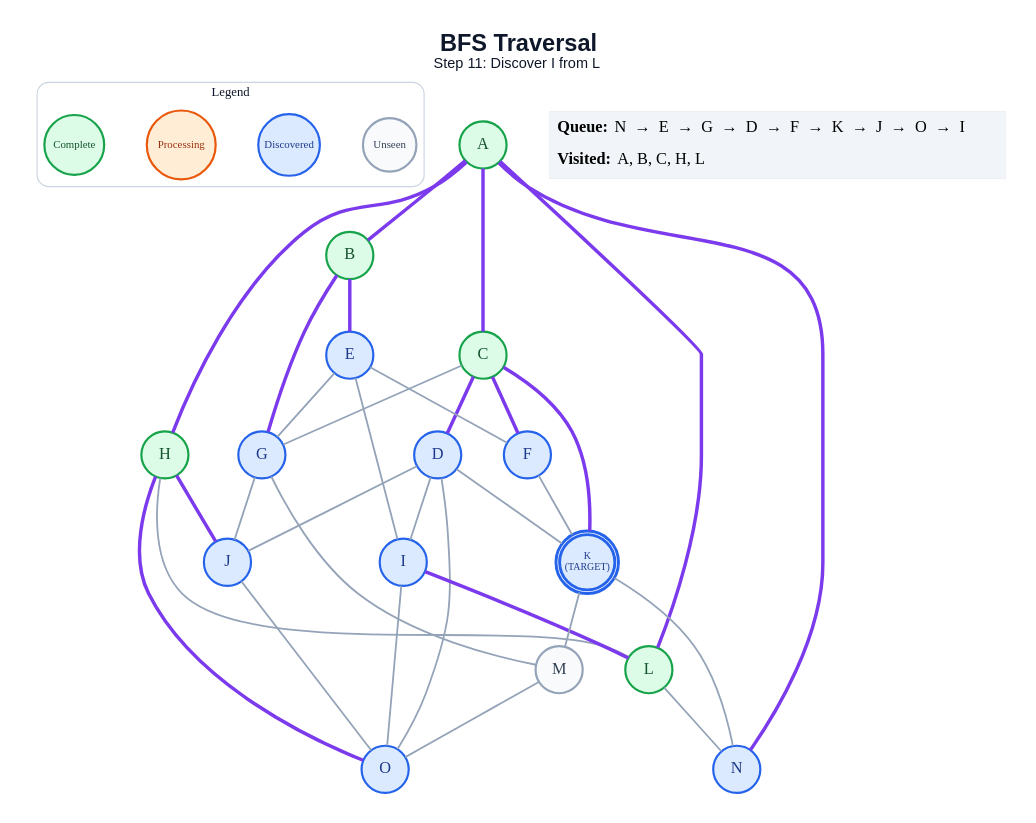
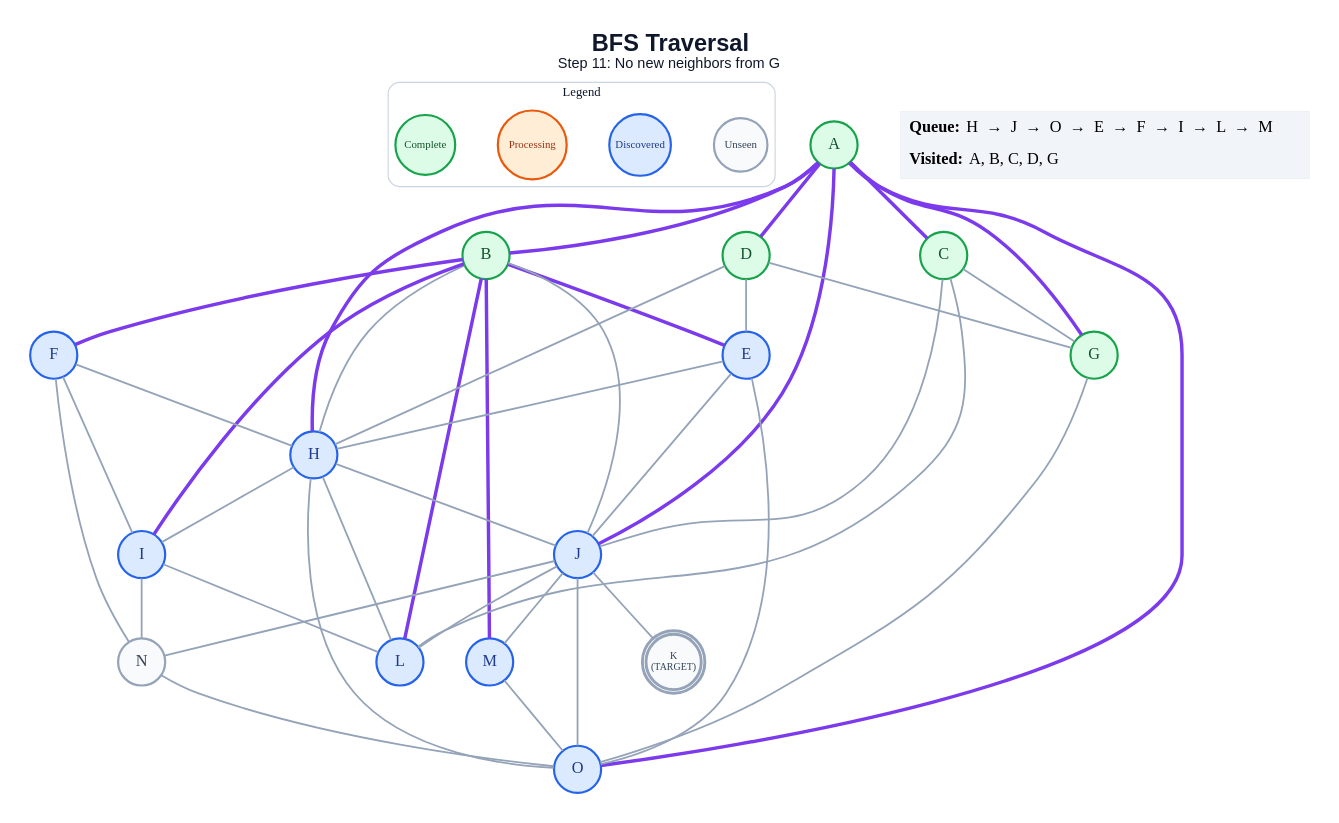
The diagram in generated/specific-node/bfs/step_11.dot (anon7238593-create/ai-slop), drawn with Graphviz before and after one commit. The commit also changed 336 other files, not shown here.

```diff
--- a/generated/specific-node/bfs/step_11.dot
+++ b/generated/specific-node/bfs/step_11.dot
@@ -1,65 +1,74 @@
 graph traversal {
   graph [layout=dot, rankdir=TB, bgcolor="#FFFFFF", pad="0.35", nodesep="0.65", ranksep="0.8", fontname="Arial"];
   node [shape=circle, style="filled", fontname="Arial Bold", fontsize=18, width=0.72, fixedsize=true, penwidth=2.4];
   edge [color="#94A3B8", penwidth=2.0];
-  label=<<B>BFS Traversal</B><BR/><FONT POINT-SIZE="16">Step 11: Discover I from L</FONT>>; labelloc="t"; fontsize=26; fontname="Arial"; fontcolor="#0F172A";
+  label=<<B>BFS Traversal</B><BR/><FONT POINT-SIZE="16">Step 11: No new neighbors from G</FONT>>; labelloc="t"; fontsize=26; fontname="Arial"; fontcolor="#0F172A";
   subgraph cluster_legend { label="Legend"; color="#CBD5E1"; penwidth=1.2; style="rounded"; fontsize=14; fontname="Arial Bold";
     key_unseen [label="Unseen", fillcolor="#F8FAFC", color="#94A3B8", fontcolor="#334155", fontsize=12, width=0.82];
     key_frontier [label="Discovered", fillcolor="#DBEAFE", color="#2563EB", fontcolor="#1E3A8A", fontsize=12, width=0.95];
     key_current [label="Processing", fillcolor="#FFEDD5", color="#EA580C", fontcolor="#9A3412", fontsize=12, width=1.05];
     key_done [label="Complete", fillcolor="#DCFCE7", color="#16A34A", fontcolor="#14532D", fontsize=12, width=0.92];
     { rank=same; key_unseen; key_frontier; key_current; key_done; }
   }
   A [label="A", fillcolor="#DCFCE7", color="#16A34A", fontcolor="#14532D", peripheries=1, penwidth=2.4];
   B [label="B", fillcolor="#DCFCE7", color="#16A34A", fontcolor="#14532D", peripheries=1, penwidth=2.4];
   C [label="C", fillcolor="#DCFCE7", color="#16A34A", fontcolor="#14532D", peripheries=1, penwidth=2.4];
-  D [label="D", fillcolor="#DBEAFE", color="#2563EB", fontcolor="#1E3A8A", peripheries=1, penwidth=2.4];
+  D [label="D", fillcolor="#DCFCE7", color="#16A34A", fontcolor="#14532D", peripheries=1, penwidth=2.4];
   E [label="E", fillcolor="#DBEAFE", color="#2563EB", fontcolor="#1E3A8A", peripheries=1, penwidth=2.4];
   F [label="F", fillcolor="#DBEAFE", color="#2563EB", fontcolor="#1E3A8A", peripheries=1, penwidth=2.4];
-  G [label="G", fillcolor="#DBEAFE", color="#2563EB", fontcolor="#1E3A8A", peripheries=1, penwidth=2.4];
-  H [label="H", fillcolor="#DCFCE7", color="#16A34A", fontcolor="#14532D", peripheries=1, penwidth=2.4];
+  G [label="G", fillcolor="#DCFCE7", color="#16A34A", fontcolor="#14532D", peripheries=1, penwidth=2.4];
+  H [label="H", fillcolor="#DBEAFE", color="#2563EB", fontcolor="#1E3A8A", peripheries=1, penwidth=2.4];
   I [label="I", fillcolor="#DBEAFE", color="#2563EB", fontcolor="#1E3A8A", peripheries=1, penwidth=2.4];
   J [label="J", fillcolor="#DBEAFE", color="#2563EB", fontcolor="#1E3A8A", peripheries=1, penwidth=2.4];
-  K [label="K\n(TARGET)", fillcolor="#DBEAFE", color="#2563EB", fontcolor="#1E3A8A", peripheries=2, penwidth=3.2, fontsize=11, width=0.85, height=0.85];
-  L [label="L", fillcolor="#DCFCE7", color="#16A34A", fontcolor="#14532D", peripheries=1, penwidth=2.4];
-  M [label="M", fillcolor="#F8FAFC", color="#94A3B8", fontcolor="#334155", peripheries=1, penwidth=2.4];
-  N [label="N", fillcolor="#DBEAFE", color="#2563EB", fontcolor="#1E3A8A", peripheries=1, penwidth=2.4];
+  K [label="K\n(TARGET)", fillcolor="#F8FAFC", color="#94A3B8", fontcolor="#334155", peripheries=2, penwidth=3.2, fontsize=11, width=0.85, height=0.85];
+  L [label="L", fillcolor="#DBEAFE", color="#2563EB", fontcolor="#1E3A8A", peripheries=1, penwidth=2.4];
+  M [label="M", fillcolor="#DBEAFE", color="#2563EB", fontcolor="#1E3A8A", peripheries=1, penwidth=2.4];
+  N [label="N", fillcolor="#F8FAFC", color="#94A3B8", fontcolor="#334155", peripheries=1, penwidth=2.4];
   O [label="O", fillcolor="#DBEAFE", color="#2563EB", fontcolor="#1E3A8A", peripheries=1, penwidth=2.4];
   A -- B [color="#7C3AED", penwidth=3.8];
   A -- C [color="#7C3AED", penwidth=3.8];
+  A -- D [color="#7C3AED", penwidth=3.8];
+  A -- G [color="#7C3AED", penwidth=3.8];
   A -- H [color="#7C3AED", penwidth=3.8];
-  A -- L [color="#7C3AED", penwidth=3.8];
-  A -- N [color="#7C3AED", penwidth=3.8];
+  A -- J [color="#7C3AED", penwidth=3.8];
+  A -- O [color="#7C3AED", penwidth=3.8];
   B -- E [color="#7C3AED", penwidth=3.8];
-  B -- G [color="#7C3AED", penwidth=3.8];
-  C -- D [color="#7C3AED", penwidth=3.8];
-  C -- F [color="#7C3AED", penwidth=3.8];
+  B -- F [color="#7C3AED", penwidth=3.8];
+  B -- H;
+  B -- I [color="#7C3AED", penwidth=3.8];
+  B -- J;
+  B -- L [color="#7C3AED", penwidth=3.8];
+  B -- M [color="#7C3AED", penwidth=3.8];
   C -- G;
-  C -- K [color="#7C3AED", penwidth=3.8];
-  D -- I;
-  D -- J;
-  D -- K;
-  D -- O;
-  E -- F;
-  E -- G;
-  E -- I;
-  F -- K;
-  G -- J;
-  G -- M;
-  H -- J [color="#7C3AED", penwidth=3.8];
+  C -- J;
+  C -- L;
+  D -- E;
+  D -- G;
+  D -- H;
+  E -- H;
+  E -- J;
+  E -- O;
+  F -- H;
+  F -- I;
+  F -- N;
+  G -- O;
+  H -- I;
+  H -- J;
   H -- L;
-  H -- O [color="#7C3AED", penwidth=3.8];
-  I -- L [color="#7C3AED", penwidth=3.8];
-  I -- O;
+  H -- O;
+  I -- L;
+  I -- N;
+  J -- K;
+  J -- L;
+  J -- M;
+  J -- N;
   J -- O;
-  K -- M;
-  K -- N;
-  L -- N;
   M -- O;
+  N -- O;
   status [shape=plain, fixedsize=false, width=0, height=0, margin=0, label=<
     <TABLE BORDER="0" CELLBORDER="0" CELLPADDING="7" BGCOLOR="#F1F5F9">
-      <TR><TD ALIGN="LEFT"><B>Queue:</B> N  →  E  →  G  →  D  →  F  →  K  →  J  →  O  →  I</TD></TR>
-      <TR><TD ALIGN="LEFT"><B>Visited:</B> A, B, C, H, L</TD></TR>
+      <TR><TD ALIGN="LEFT"><B>Queue:</B> H  →  J  →  O  →  E  →  F  →  I  →  L  →  M</TD></TR>
+      <TR><TD ALIGN="LEFT"><B>Visited:</B> A, B, C, D, G</TD></TR>
     </TABLE>
   >];
 }
```
